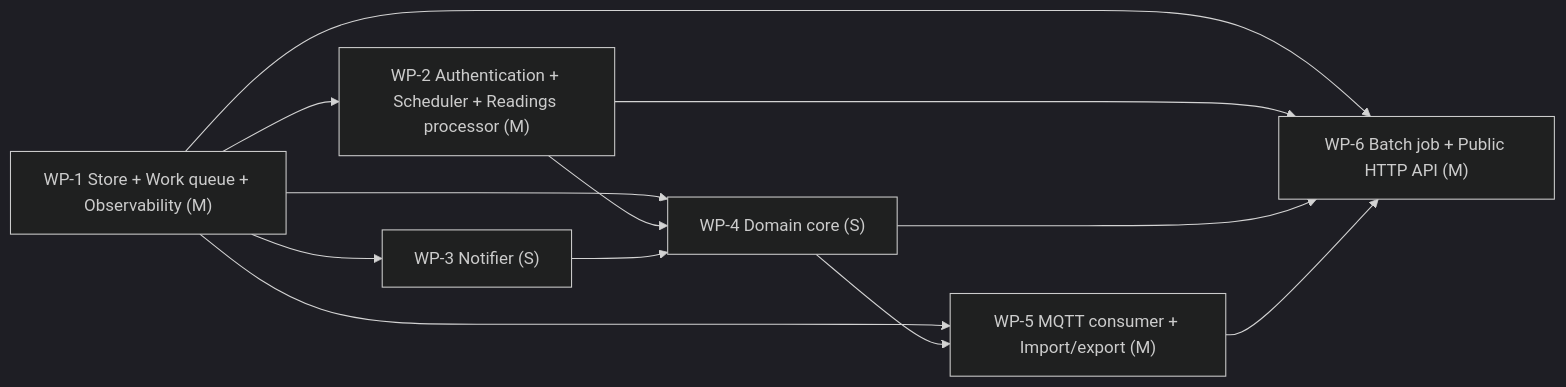
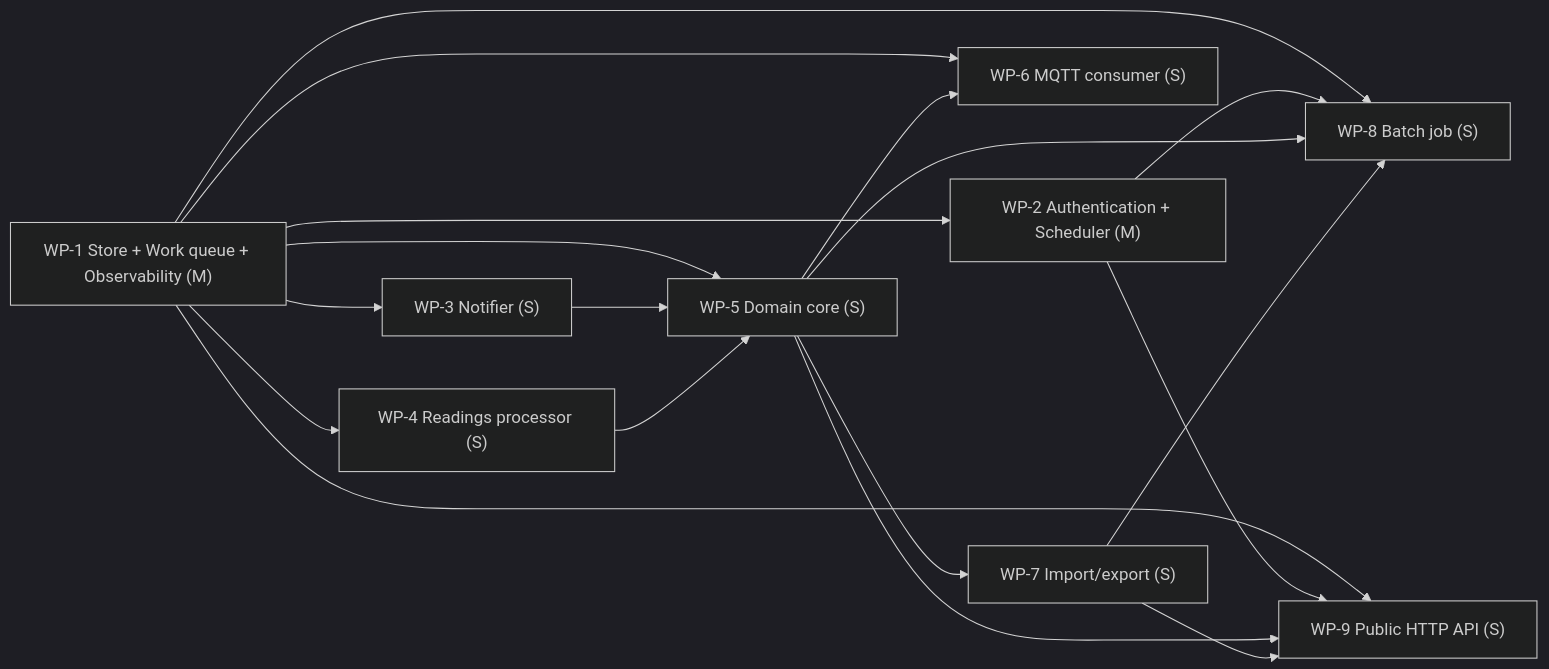
The third of 3 diagrams in examples/eval/telemetry.DESIGN.md (yui9696/sekkei), drawn with Mermaid (dark theme) before and after one commit. The commit also changed other lines of this file and 25 other files, not shown here.

````diff
--- a/examples/eval/telemetry.DESIGN.md
+++ b/examples/eval/telemetry.DESIGN.md
@@ -778,20 +802,29 @@
 ```mermaid
 graph LR
   WP_1["WP-1 Store + Work queue + Observability (M)"]
-  WP_2["WP-2 Authentication + Scheduler + Readings processor (M)"]
+  WP_2["WP-2 Authentication + Scheduler (M)"]
   WP_3["WP-3 Notifier (S)"]
-  WP_4["WP-4 Domain core (S)"]
-  WP_5["WP-5 MQTT consumer + Import/export (M)"]
-  WP_6["WP-6 Batch job + Public HTTP API (M)"]
+  WP_4["WP-4 Readings processor (S)"]
+  WP_5["WP-5 Domain core (S)"]
+  WP_6["WP-6 MQTT consumer (S)"]
+  WP_7["WP-7 Import/export (S)"]
+  WP_8["WP-8 Batch job (S)"]
+  WP_9["WP-9 Public HTTP API (S)"]
   WP_1 --> WP_2
   WP_1 --> WP_3
   WP_1 --> WP_4
-  WP_2 --> WP_4
-  WP_3 --> WP_4
   WP_1 --> WP_5
+  WP_3 --> WP_5
   WP_4 --> WP_5
   WP_1 --> WP_6
-  WP_2 --> WP_6
-  WP_4 --> WP_6
   WP_5 --> WP_6
+  WP_5 --> WP_7
+  WP_1 --> WP_8
+  WP_2 --> WP_8
+  WP_5 --> WP_8
+  WP_7 --> WP_8
+  WP_1 --> WP_9
+  WP_2 --> WP_9
+  WP_5 --> WP_9
+  WP_7 --> WP_9
 ```
````
